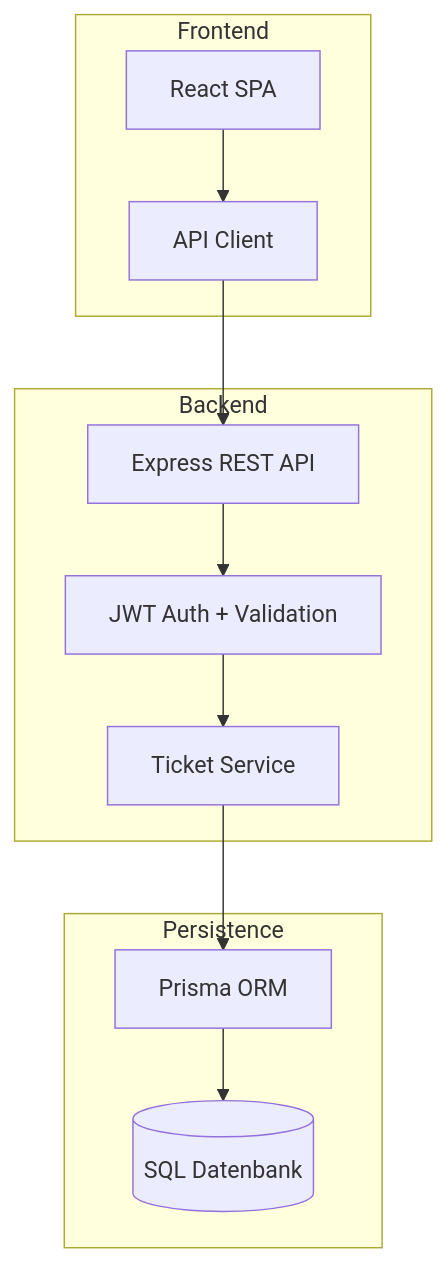
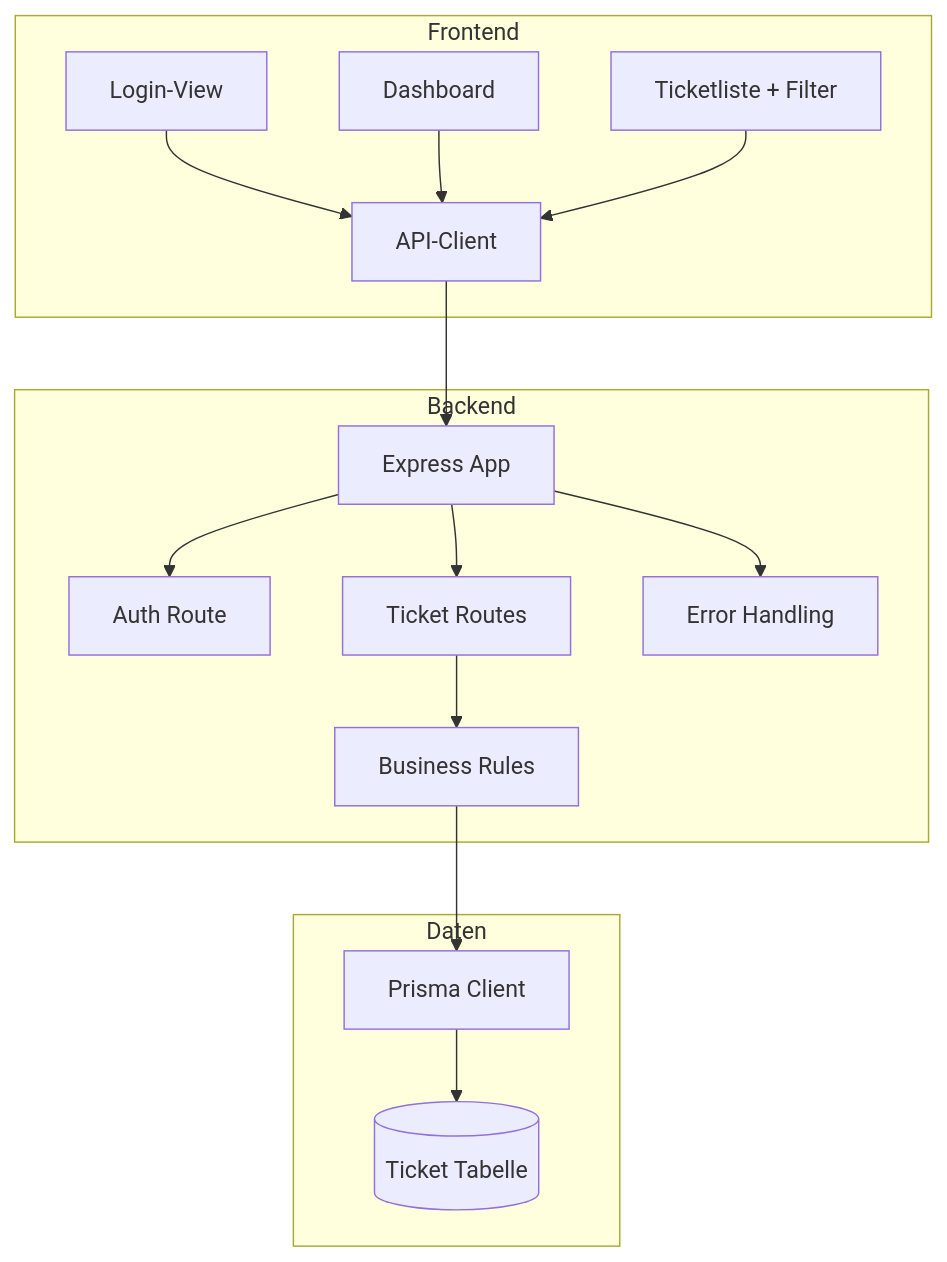
The second of 3 diagrams in docs/Report.md (JermainIPSO/ticketing-system-weve), drawn with Mermaid before and after one commit. The commit also changed other lines of this file and 1 other file, not shown here.

````diff
--- a/docs/Report.md
+++ b/docs/Report.md
@@ -49,20 +135,33 @@
 ```mermaid
 flowchart TB
   subgraph Frontend
-    UI[React SPA]
-    Client[API Client]
+    A1[Login-View]
+    A2[Dashboard]
+    A3[Ticketliste + Filter]
+    A4[API-Client]
   end
 
   subgraph Backend
-    API[Express REST API]
-    Auth[JWT Auth + Validation]
-    Service[Ticket Service]
+    B1[Express App]
+    B2[Auth Route]
+    B3[Ticket Routes]
+    B4[Business Rules]
+    B5[Error Handling]
   end
 
-  subgraph Persistence
-    Prisma[Prisma ORM]
-    DB[(SQL Datenbank)]
+  subgraph Daten
+    C1[Prisma Client]
+    C2[(Ticket Tabelle)]
   end
 
-  UI --> Client --> API --> Auth --> Service --> Prisma --> DB
+  A1 --> A4
+  A2 --> A4
+  A3 --> A4
+  A4 --> B1
+  B1 --> B2
+  B1 --> B3
+  B3 --> B4
+  B4 --> C1
+  C1 --> C2
+  B1 --> B5
 ```
````
